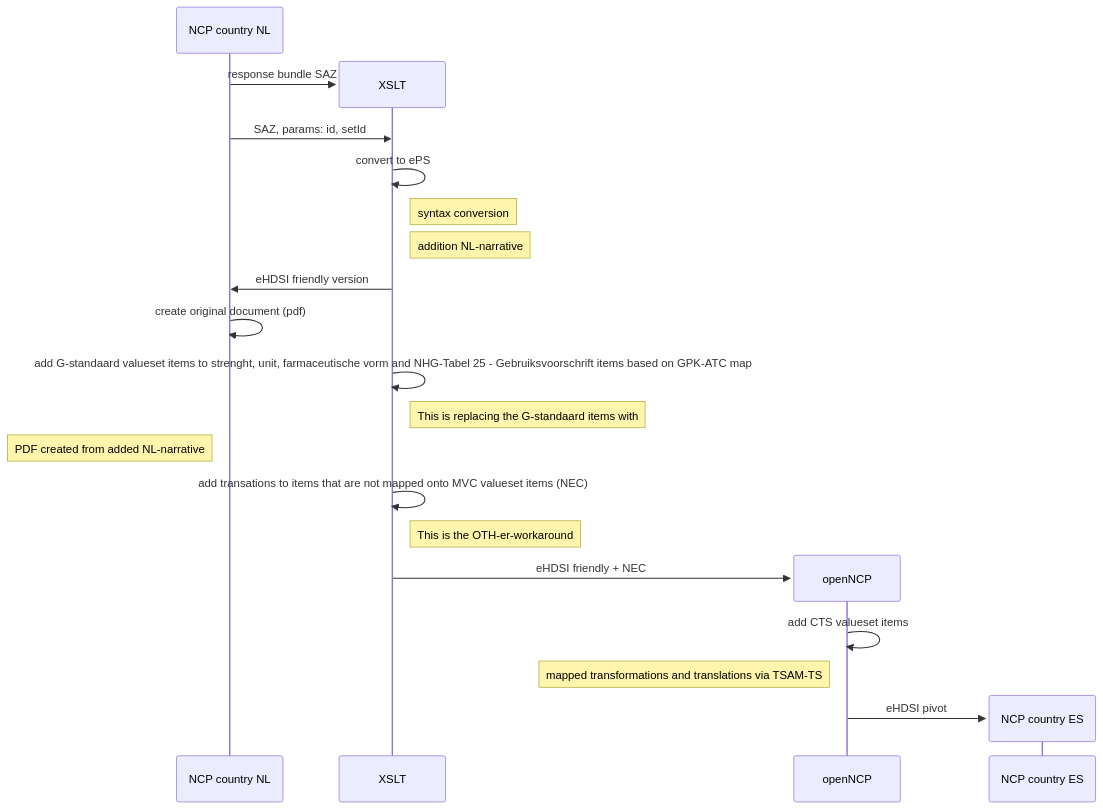
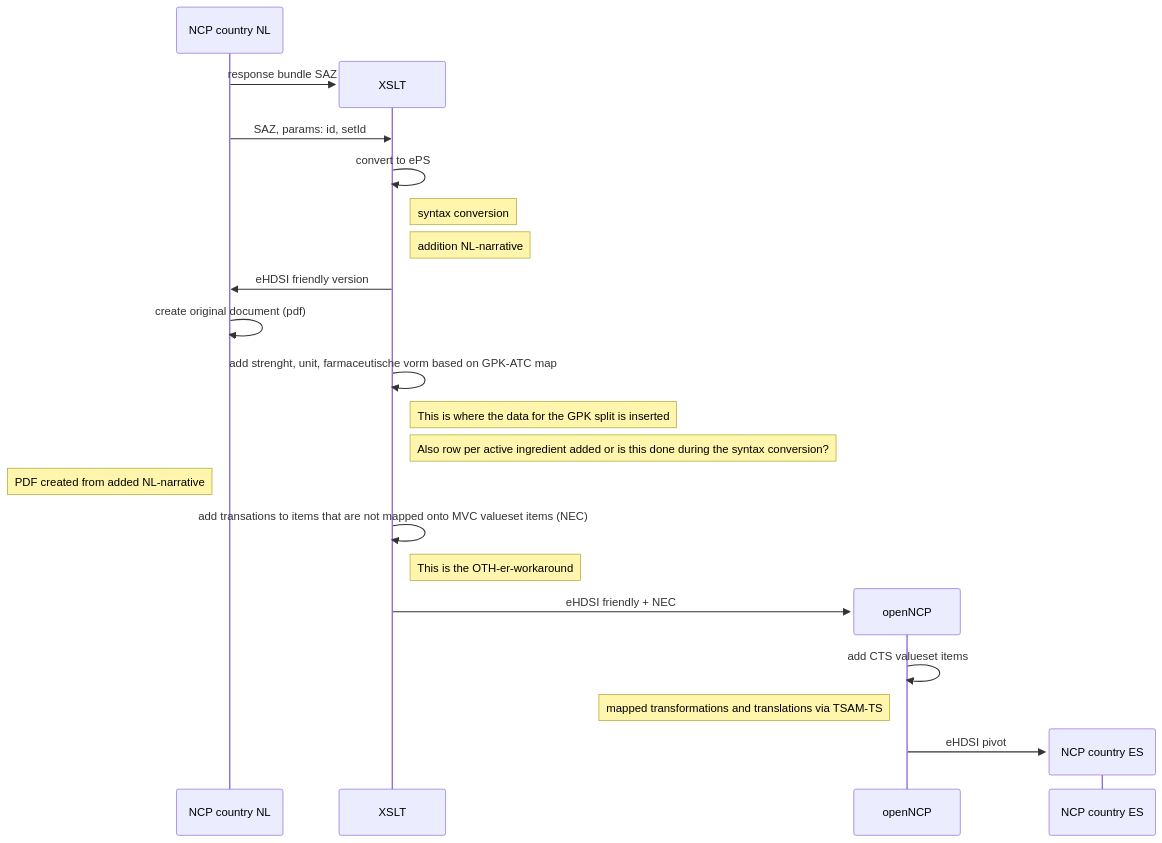
The diagram in nieuw.md (Nictiz/ncp-conversie), drawn with Mermaid before and after one commit.

````diff
--- a/nieuw.md
+++ b/nieuw.md
@@ -2,31 +2,32 @@
 ```mermaid
 sequenceDiagram
 
   participant A as NCP country NL
  
 create participant XSLT
 
  
     A->>XSLT: response bundle SAZ
 
     A->>XSLT: SAZ, params: id, setId
   
     XSLT->>XSLT: convert to ePS
 Note right of XSLT: syntax conversion
 Note right of XSLT: addition NL-narrative
 
     XSLT->>A: eHDSI friendly version
     A->>A: create original document (pdf)
-XSLT->>XSLT: add G-standaard valueset items to strenght, unit, farmaceutische vorm and NHG-Tabel 25 - Gebruiksvoorschrift items based on GPK-ATC map
-Note right of XSLT: This is replacing the G-standaard items with 
+XSLT->>XSLT: add strenght, unit, farmaceutische vorm based on GPK-ATC map
+Note right of XSLT: This is where the data for the GPK split is inserted
+Note right of XSLT: Also row per active ingredient added or is this done during the syntax conversion?  
 Note left of A: PDF created from added NL-narrative
     XSLT->>XSLT: add transations to items that are not mapped onto MVC valueset items (NEC)
 Note right of XSLT: This is the OTH-er-workaround
   create participant openNCP
     XSLT->>openNCP: eHDSI friendly + NEC 
    openNCP->>openNCP: add CTS valueset items
 Note left of openNCP: mapped transformations and translations via TSAM-TS
 create participant NCP country ES
     openNCP->> NCP country ES: eHDSI pivot
 
 ```
````
